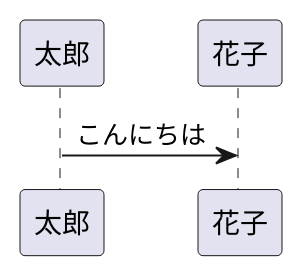
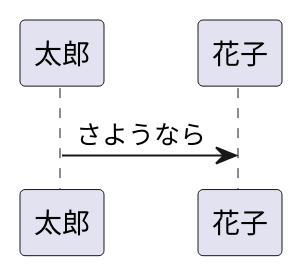
One commit to abekoh/commit-plantuml-action changed the diagram in sample/use-japanese.puml. Above: the diagram before and after it, drawn with PlantUML.

```diff
--- a/sample/use-japanese.puml
+++ b/sample/use-japanese.puml
@@ -1,5 +1,5 @@
 @startuml
 
-太郎 -> 花子: こんにちは
+太郎 -> 花子: さようなら
 
 @enduml
```
